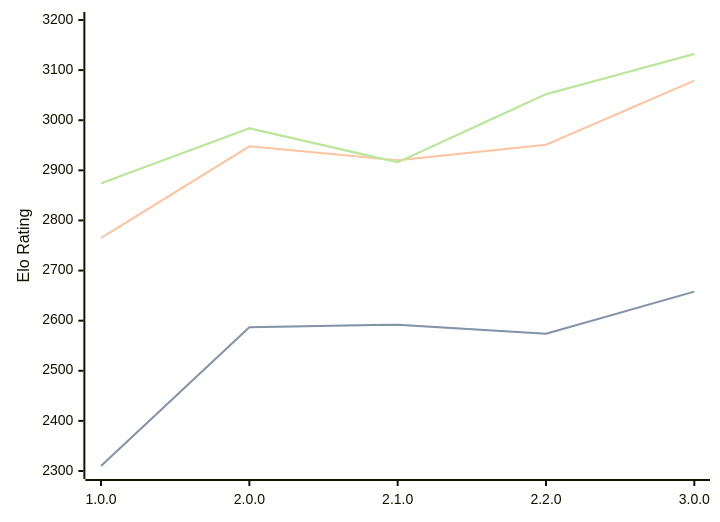
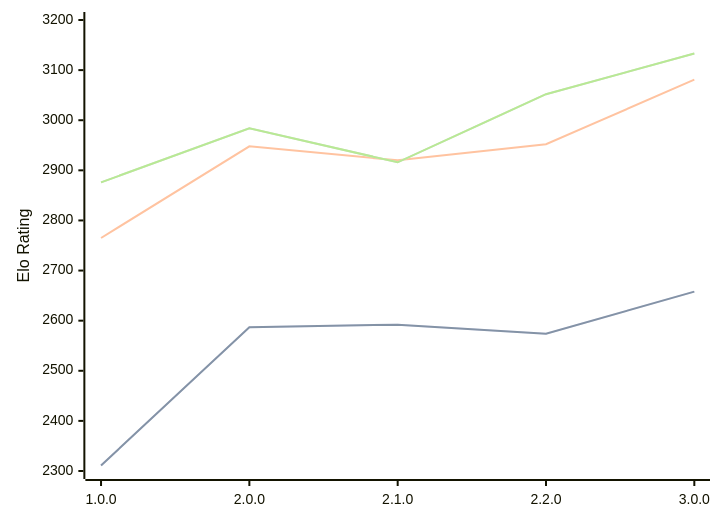
One commit to computer-chess-index/cci changed the diagram in engines/Catalyst.md. Above: the diagram before and after it, drawn with Mermaid. The commit also changed other lines of this file, not shown here.

Commit message:
Update CCI Ratings (ELO VLTC) - 2026-08-29

````diff
--- a/engines/Catalyst.md
+++ b/engines/Catalyst.md
@@ -36,11 +36,11 @@
 ```mermaid
 %%{init: {"theme":"base","themeVariables":{"seriesColors:['#a3a3a3','#222221','#faa371']}}}%%
 xychart-beta
   x-axis ["1.0.0", "2.0.0", "2.1.0", "2.2.0", "3.0.0"]
   y-axis "Elo Rating" 2300 --> 3200
-  line "" [2310, 2587, 2592, 2574, 2658]
-  line "STC (8.0+0.08s)" [2310, 2587, 2592, 2574, 2658]
-  line "LTC (60.0+0.60s)" [2765, 2948, 2920, 2951, 3079]
-  line "" [2874, 2984, 2916, 3052, 3132]
-  line "VLTC (2m24s+1.12s)" [2874, 2984, 2916, 3052, 3132]
+  line "" [2311, 2587, 2592, 2574, 2658]
+  line "STC (8.0+0.08s)" [2311, 2587, 2592, 2574, 2658]
+  line "LTC (60.0+0.60s)" [2765, 2948, 2920, 2952, 3081]
+  line "" [2876, 2984, 2916, 3052, 3133]
+  line "VLTC (2m24s+1.12s)" [2876, 2984, 2916, 3052, 3133]
 ```
````
